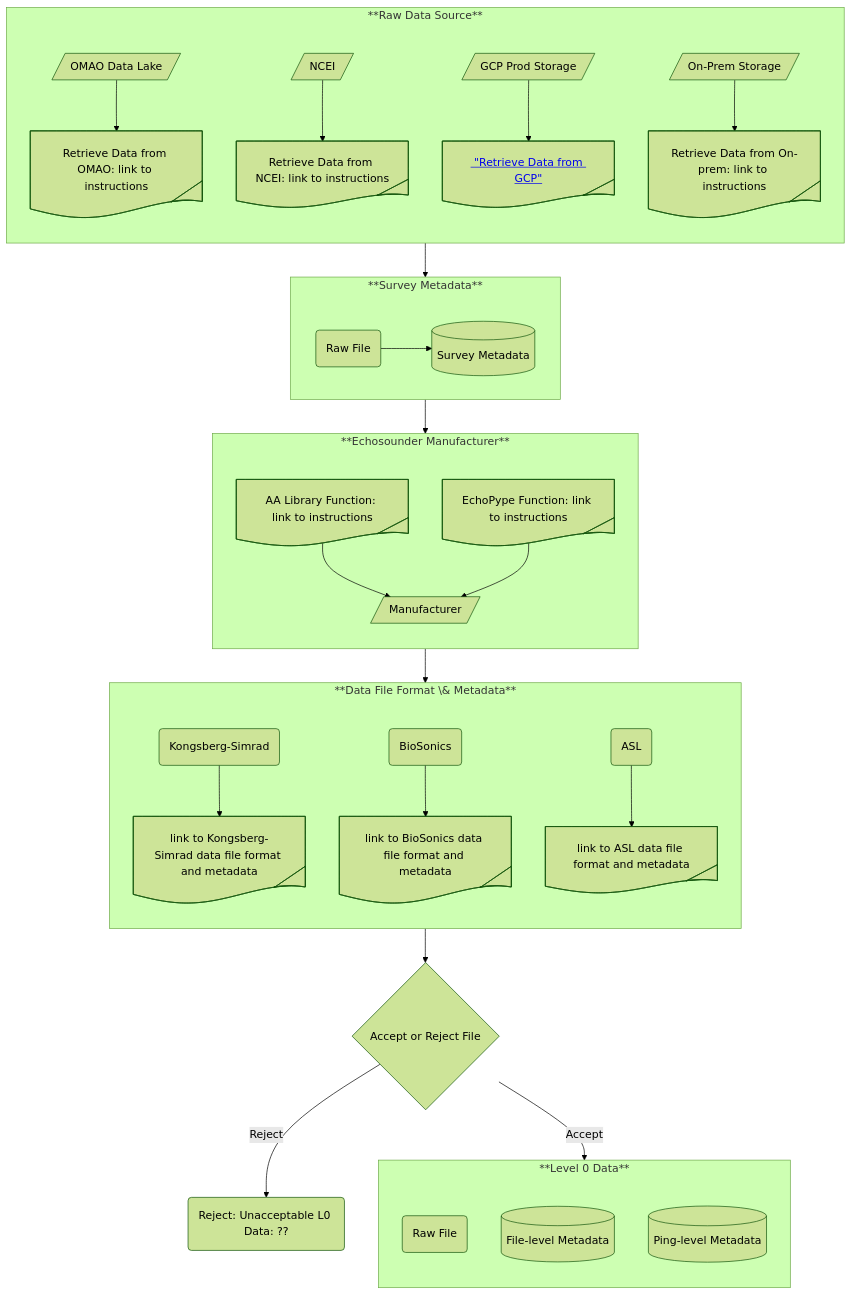
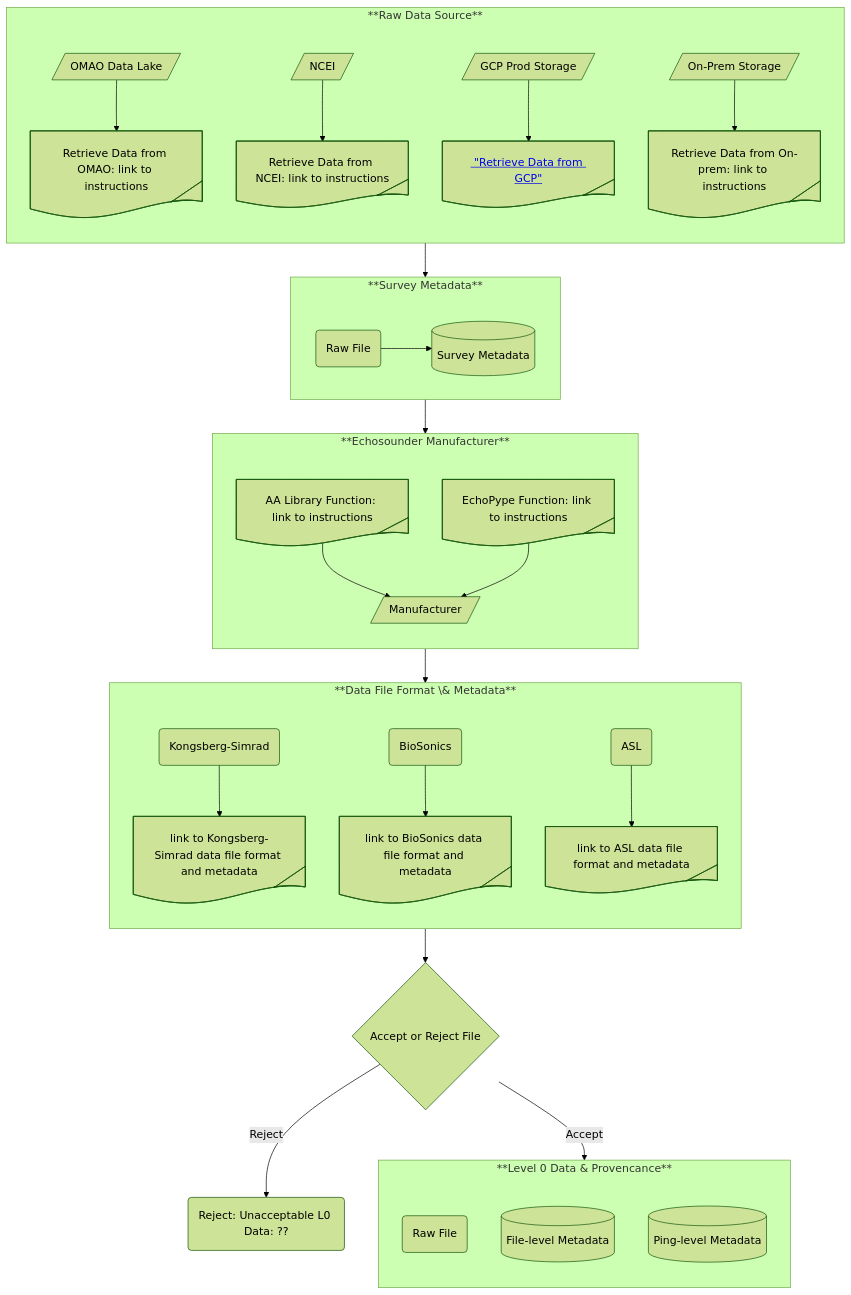
One commit to nmfs-ost/AA-SI_DataRoadMap changed the first of 5 diagrams in README.md. Above: the diagram before and after it, drawn with Mermaid (forest theme). The commit also changed other lines of this file, not shown here.

First line of the commit message:
Enhance README with data provenance details

````diff
--- a/README.md
+++ b/README.md
@@ -77,45 +77,45 @@
 ```mermaid
 ---
 config:
     flowchart:
         subGraphTitleMargin:
             "bottom": 30
 ---
 flowchart TB
     subgraph SG_L0_DataSource["**Raw Data Source**"]
         direction TB
         node_L0_SrcOMAO@{shape: lean-r, label: "OMAO Data Lake"} --> node_L0_OMAO@{ shape: tag-doc, label: "Retrieve Data from OMAO: link to instructions" }
         node_L0_SrcNCEI@{shape: lean-r, label: "NCEI"} --> node_L0_NCEI@{ shape: tag-doc, label: "Retrieve Data from NCEI: link to instructions" }
         node_L0_SrcGCP@{shape: lean-r, label: "GCP Prod Storage"} --> node_L0_GCP@{ shape: tag-doc, label: <a href="https://nmfs-ost.github.io/AA-SI_aalibrary/documentation/aalibrary"> "Retrieve Data from GCP"</a> }
         node_L0_SrcOP@{shape: lean-r, label: "On-Prem Storage"} --> node_L0_OP@{ shape: tag-doc, label: "Retrieve Data from On-prem: link to instructions" }
         %%style node_SrcOMAO color:blue
     end
     subgraph SG_L0_SurveyMetaData["**Survey Metadata**"]
         direction LR
         node_L0_RF@{ shape: rounded, label: "Raw File" } --> node_L0_SMD@{ shape: database, label: <a href="https://github.com/nmfs-ost/AA-SI_metadata"> "Survey Metadata"</a> }
     end
     subgraph SG_L0_ESManufacturer["**Echosounder Manufacturer**"]
         direction TB
         node_L0_AL1@{shape: tag-doc, label: "AA Library Function: link to instructions"} --> node_L0_Man@{ shape: lean-r, label: "Manufacturer" }
         node_L0_AL2@{shape: tag-doc, label: "EchoPype Function: link to instructions"} --> node_L0_Man
     end
     subgraph SG_L0_ESMetaData["**Data File Format \& Metadata**"]
         direction TB
         node_L0_KS@{ shape: rounded, label: "Kongsberg-Simrad" } --> node_L0_KSMD@{ shape: tag-doc, label: "link to Kongsberg-Simrad data file format and metadata" }
         node_L0_BS@{ shape: rounded, label: "BioSonics" } --> node_L0_BSMD@{ shape: tag-doc, label: "link to BioSonics data file format and metadata" }
         node_L0_ASL@{ shape: rounded, label: "ASL" } --> node_L0_ASLMD@{ shape: tag-doc, label: "link to ASL data file format and metadata" }
     end
-    subgraph SG_L0_Data["**Level 0 Data**"]
+    subgraph SG_L0_Data["**Level 0 Data & Provencance**"]
         direction TB
         node_L0_RD@{ shape: rounded, label: "Raw File" }
         node_L0_SMD@{ shape: database, label: "Survey Metadata" }
         node_L0_FMD@{ shape: database, label: "File-level Metadata" }
         node_L0_PMD@{ shape: database, label: "Ping-level Metadata" }
     end
     SG_L0_DataSource --> SG_L0_SurveyMetaData
     SG_L0_SurveyMetaData --> SG_L0_ESManufacturer
     SG_L0_ESManufacturer --> SG_L0_ESMetaData
     SG_L0_ESMetaData --> node_AcceptReject@{ shape: diamond, label: "Accept or Reject File" }
     node_AcceptReject --> |Accept| SG_L0_Data
     node_AcceptReject --> |Reject| node_Reject_L0@{ shape: rounded, label: "Reject: Unacceptable L0 Data: ??" }
 ```
````
